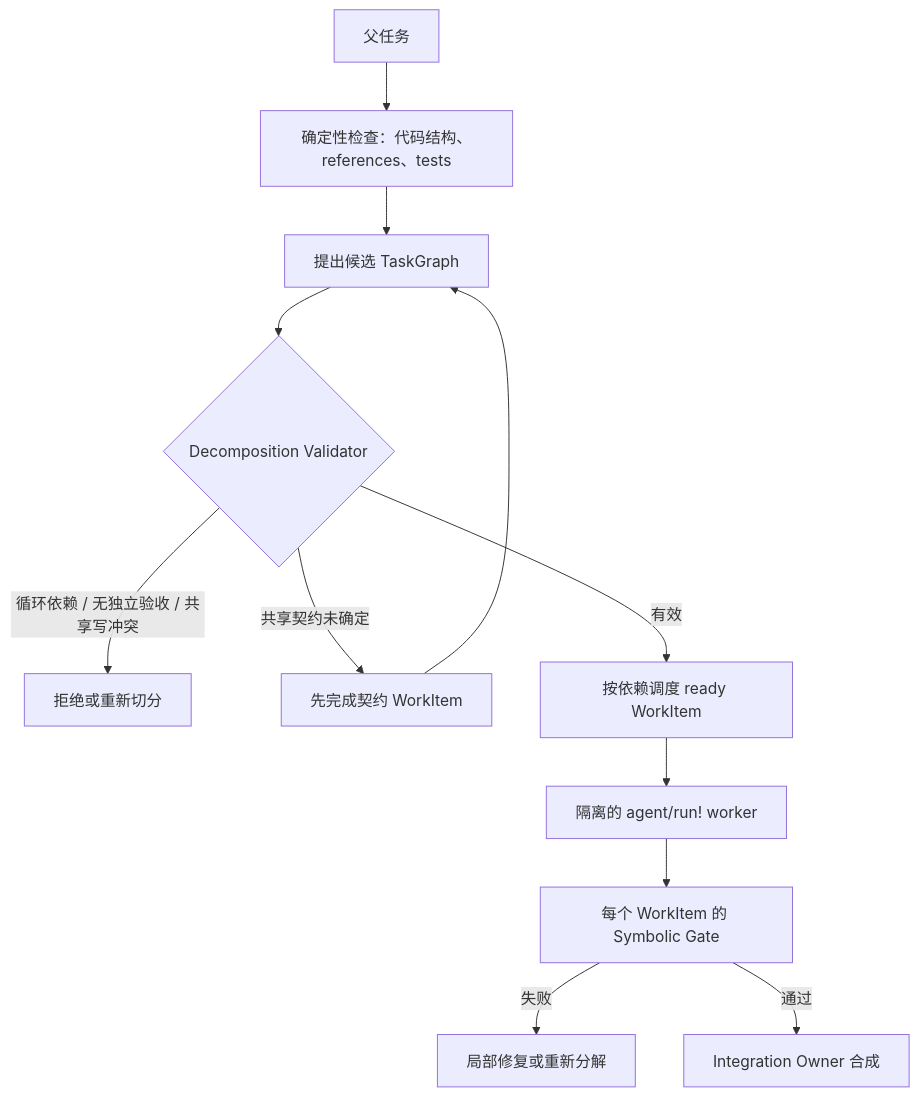
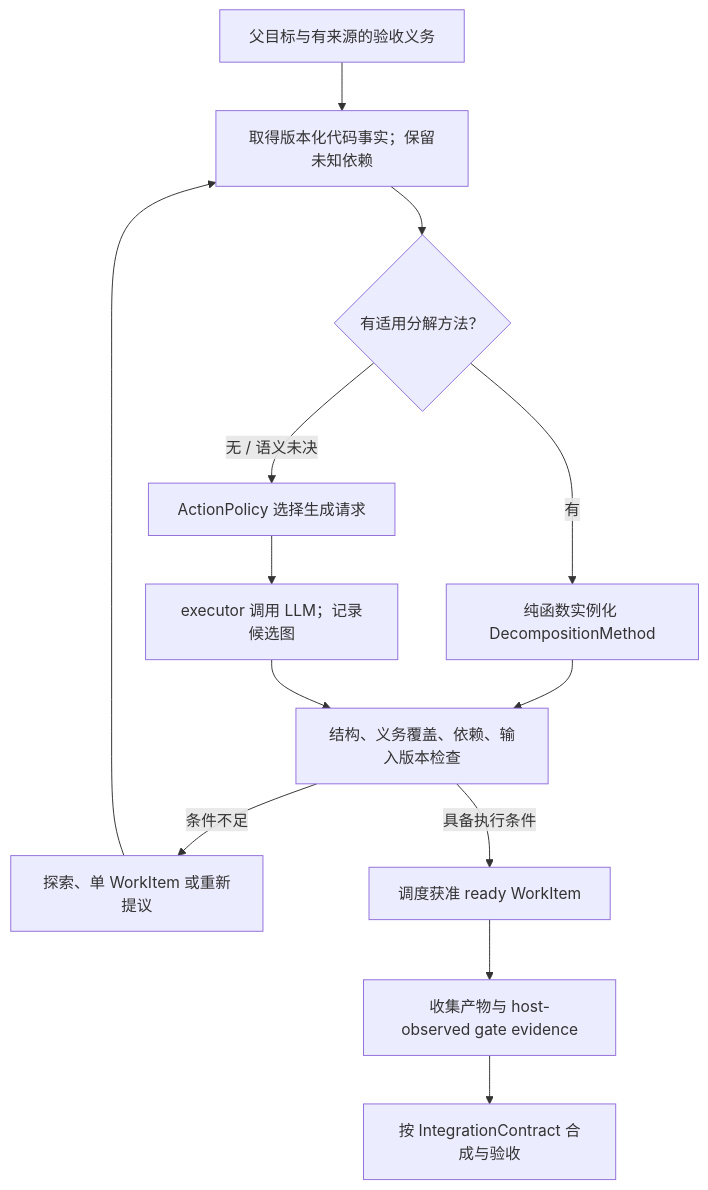
One commit to brainocean/botashka changed the second of 2 diagrams in plan/policy-decision-and-recursive-agent-refactor.zh.md. Above: the diagram before and after it, drawn with Mermaid. The commit also changed other lines of this file and 5 other files, not shown here.

Commit message:
feat(agent): implement Phase 1 ActionPolicy cutover, direct tool execution, and authorization gating

````diff
--- a/plan/policy-decision-and-recursive-agent-refactor.zh.md
+++ b/plan/policy-decision-and-recursive-agent-refactor.zh.md
@@ -155,14 +173,15 @@
 ```mermaid
 flowchart TD
-    Goal["父任务"] --> Inspect["确定性检查：代码结构、references、tests"]
-    Inspect --> Propose["提出候选 TaskGraph"]
-    Propose --> Validate{"Decomposition Validator"}
-    Validate -->|"循环依赖 / 无独立验收 / 共享写冲突"| Reject["拒绝或重新切分"]
-    Validate -->|"共享契约未确定"| Contract["先完成契约 WorkItem"]
-    Contract --> Propose
-    Validate -->|"有效"| Schedule["按依赖调度 ready WorkItem"]
-    Schedule --> Workers["隔离的 agent/run! worker"]
-    Workers --> Gate["每个 WorkItem 的 Symbolic Gate"]
-    Gate -->|"失败"| Repair["局部修复或重新分解"]
-    Gate -->|"通过"| Integrate["Integration Owner 合成"]
+    Goal["父目标与有来源的验收义务"] --> Inspect["取得版本化代码事实；保留未知依赖"]
+    Inspect --> Match{"有适用分解方法？"}
+    Match -->|"有"| Template["纯函数实例化 DecompositionMethod"]
+    Match -->|"无 / 语义未决"| Request["ActionPolicy 选择生成请求"]
+    Request --> Model["executor 调用 LLM；记录候选图"]
+    Template --> Validate["结构、义务覆盖、依赖、输入版本检查"]
+    Model --> Validate
+    Validate -->|"条件不足"| Explore["探索、单 WorkItem 或重新提议"]
+    Explore --> Inspect
+    Validate -->|"具备执行条件"| Schedule["调度获准 ready WorkItem"]
+    Schedule --> Evidence["收集产物与 host-observed gate evidence"]
+    Evidence --> Integrate["按 IntegrationContract 合成与验收"]
 ```
````
